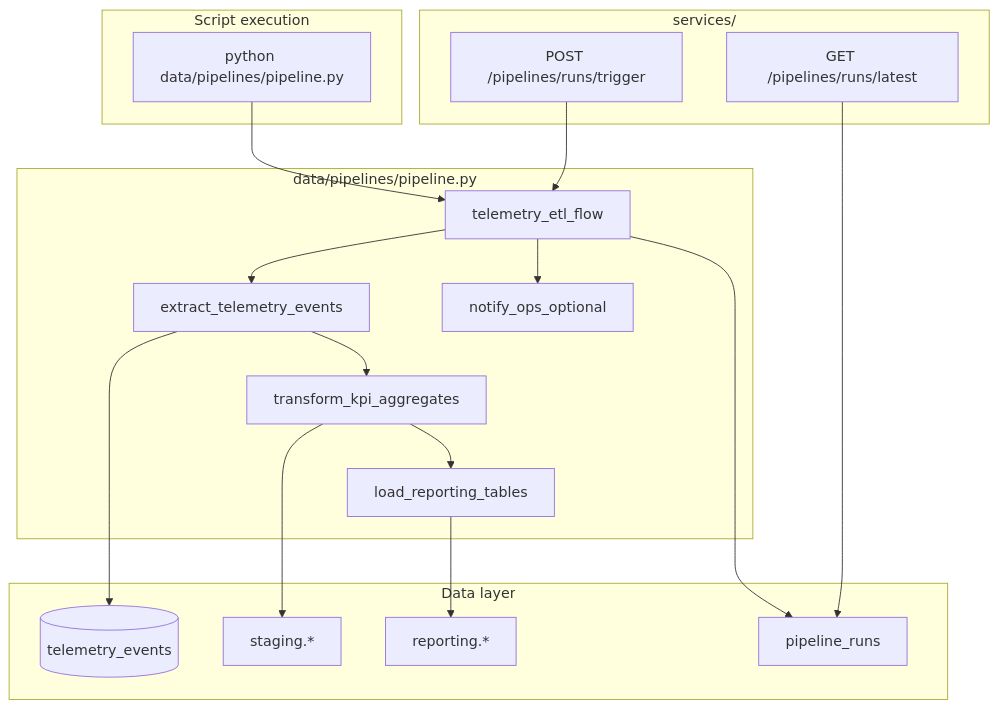
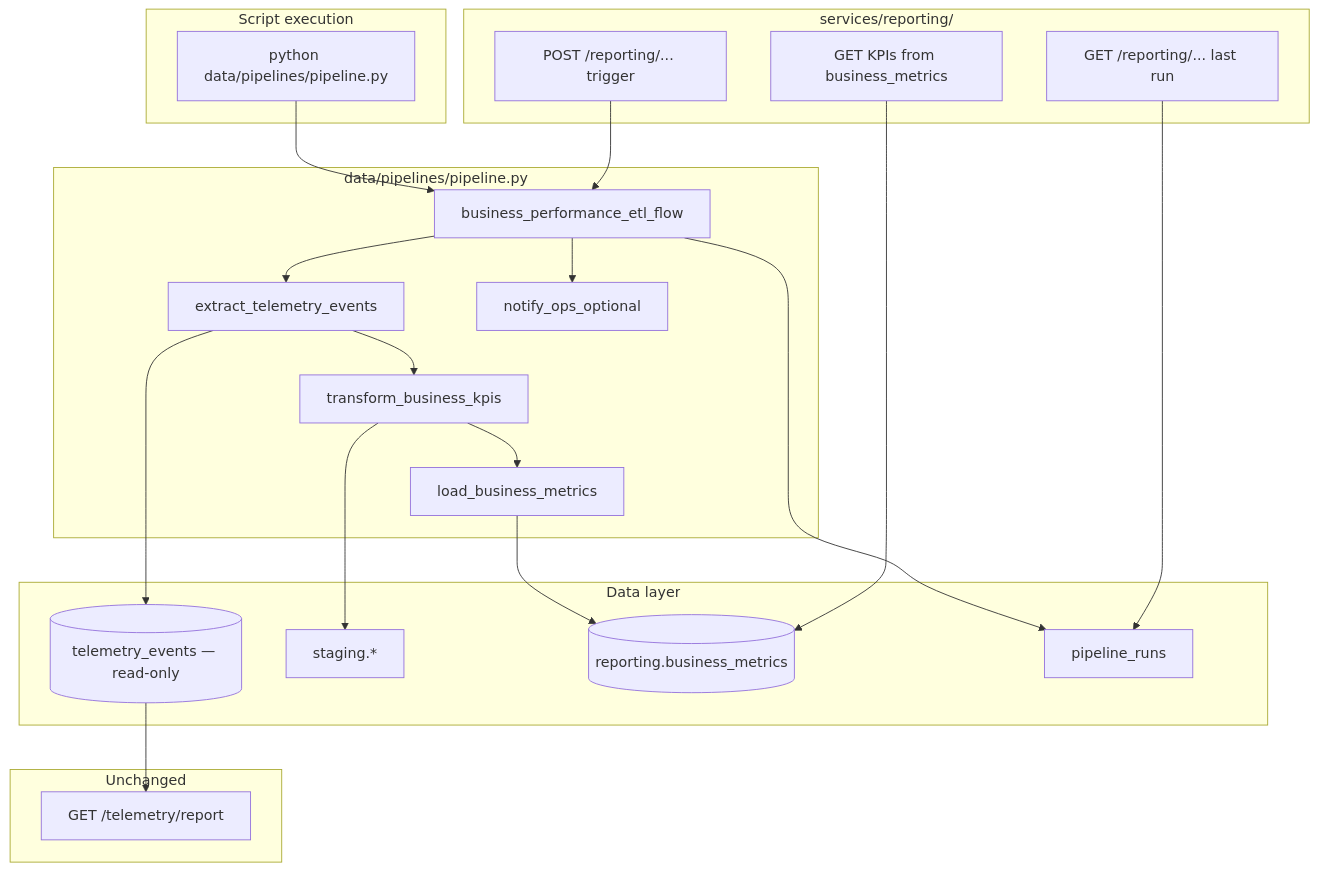
The diagram in content/projects/ai-eng-milestone-data-pipeline-build/.learn/solution/README.md (4GeeksAcademy/ai-engineering-syllabus), drawn with Mermaid before and after one commit. The commit also changed other lines of this file and 89 other files, not shown here.

````diff
--- a/content/projects/ai-eng-milestone-data-pipeline-build/.learn/solution/README.md
+++ b/content/projects/ai-eng-milestone-data-pipeline-build/.learn/solution/README.md
@@ -20,32 +19,38 @@
 ```mermaid
 flowchart TD
-  subgraph api [services/]
-    GET[GET /pipelines/runs/latest]
-    POST[POST /pipelines/runs/trigger]
+  subgraph api [services/reporting/]
+    GET[GET /reporting/... last run]
+    POST[POST /reporting/... trigger]
+    KPI[GET KPIs from business_metrics]
   end
   subgraph prefect [data/pipelines/pipeline.py]
-    FLOW[telemetry_etl_flow]
+    FLOW[business_performance_etl_flow]
     EXT[extract_telemetry_events]
-    TRF[transform_kpi_aggregates]
-    LOD[load_reporting_tables]
+    TRF[transform_business_kpis]
+    LOD[load_business_metrics]
     OPT[notify_ops_optional]
   end
   subgraph data [Data layer]
-    SRC[(telemetry_events)]
+    SRC[(telemetry_events — read-only)]
     STG[staging.*]
-    RPT[reporting.*]
+    RPT[(reporting.business_metrics)]
     LOG[pipeline_runs]
+  end
+  subgraph untouched [Unchanged]
+    TECH[GET /telemetry/report]
   end
   subgraph cli [Script execution]
     RUN[python data/pipelines/pipeline.py]
   end
   POST --> FLOW
   GET --> LOG
+  KPI --> RPT
   FLOW --> EXT --> TRF --> LOD
   FLOW --> OPT
   EXT --> SRC
   TRF --> STG
   LOD --> RPT
   FLOW --> LOG
   RUN --> FLOW
+  SRC --> TECH
 ```
````
